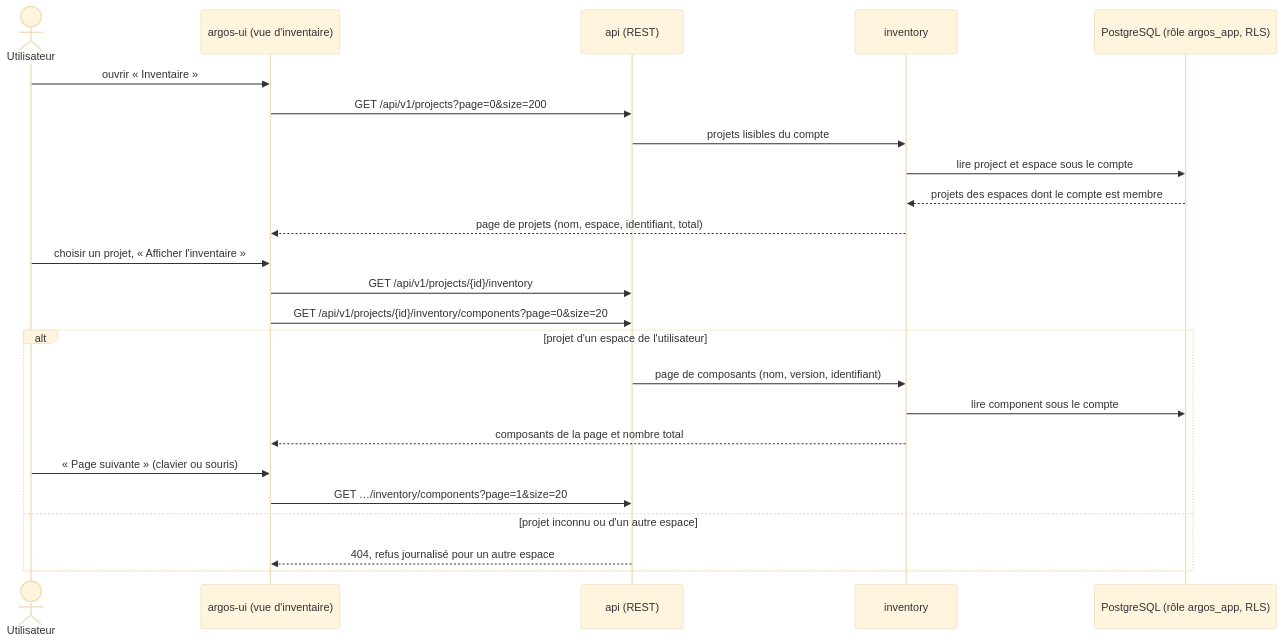
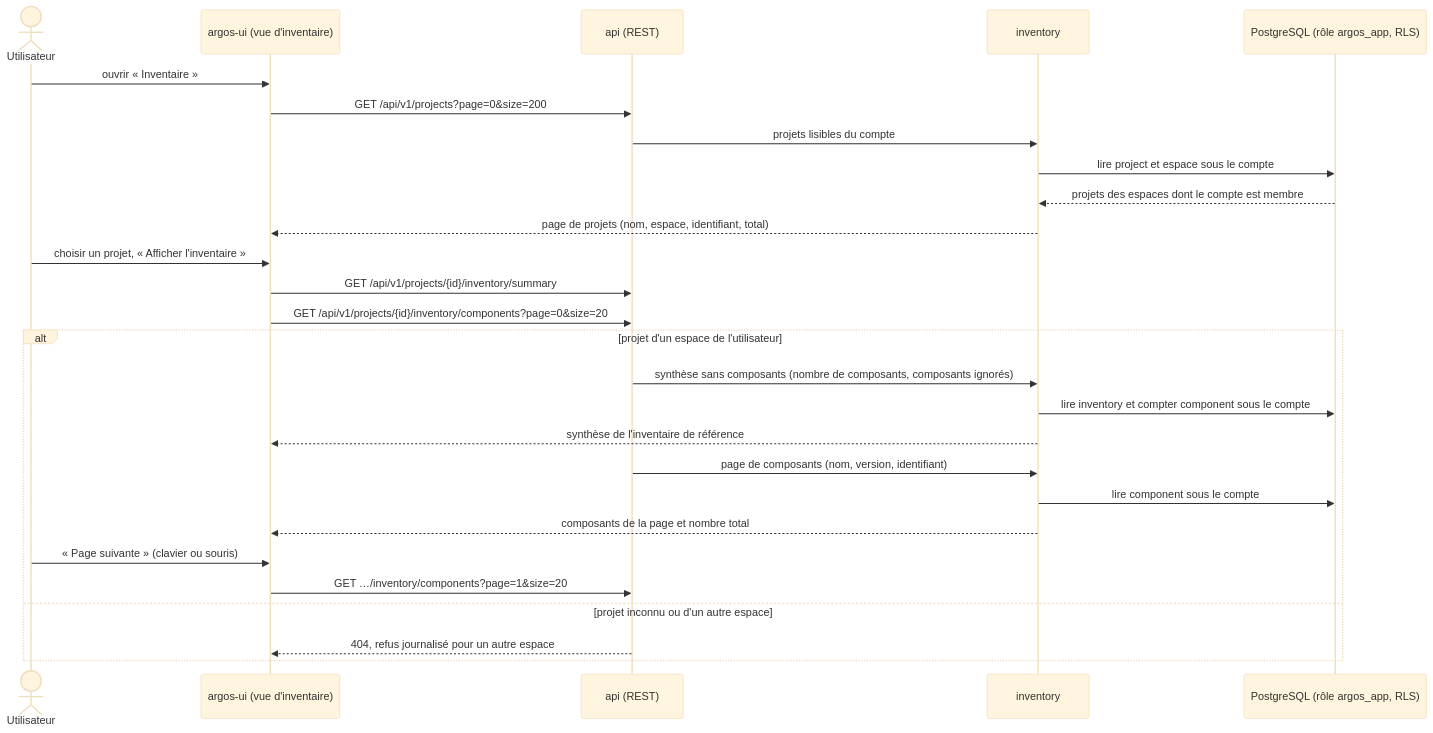
Before and after one commit to FTurleque/argos-tech-platform: the third of 3 diagrams in docs/specifications/inventaire-sbom.md, drawn with Mermaid (base theme). The commit also changed other lines of this file and 6 other files, not shown here.

````diff
--- a/docs/specifications/inventaire-sbom.md
+++ b/docs/specifications/inventaire-sbom.md
@@ -141,27 +143,30 @@
 ```mermaid
 sequenceDiagram
     actor U as Utilisateur
     participant IHM as argos-ui (vue d'inventaire)
     participant API as api (REST)
     participant Inv as inventory
     participant DB as PostgreSQL (rôle argos_app, RLS)
 
     U->>IHM: ouvrir « Inventaire »
     IHM->>API: GET /api/v1/projects?page=0&size=200
     API->>Inv: projets lisibles du compte
     Inv->>DB: lire project et espace sous le compte
     DB-->>Inv: projets des espaces dont le compte est membre
     Inv-->>IHM: page de projets (nom, espace, identifiant, total)
     U->>IHM: choisir un projet, « Afficher l'inventaire »
-    IHM->>API: GET /api/v1/projects/{id}/inventory
+    IHM->>API: GET /api/v1/projects/{id}/inventory/summary
     IHM->>API: GET /api/v1/projects/{id}/inventory/components?page=0&size=20
     alt projet d'un espace de l'utilisateur
+        API->>Inv: synthèse sans composants (nombre de composants, composants ignorés)
+        Inv->>DB: lire inventory et compter component sous le compte
+        Inv-->>IHM: synthèse de l'inventaire de référence
         API->>Inv: page de composants (nom, version, identifiant)
         Inv->>DB: lire component sous le compte
         Inv-->>IHM: composants de la page et nombre total
         U->>IHM: « Page suivante » (clavier ou souris)
         IHM->>API: GET …/inventory/components?page=1&size=20
     else projet inconnu ou d'un autre espace
         API-->>IHM: 404, refus journalisé pour un autre espace
     end
 ```
````
